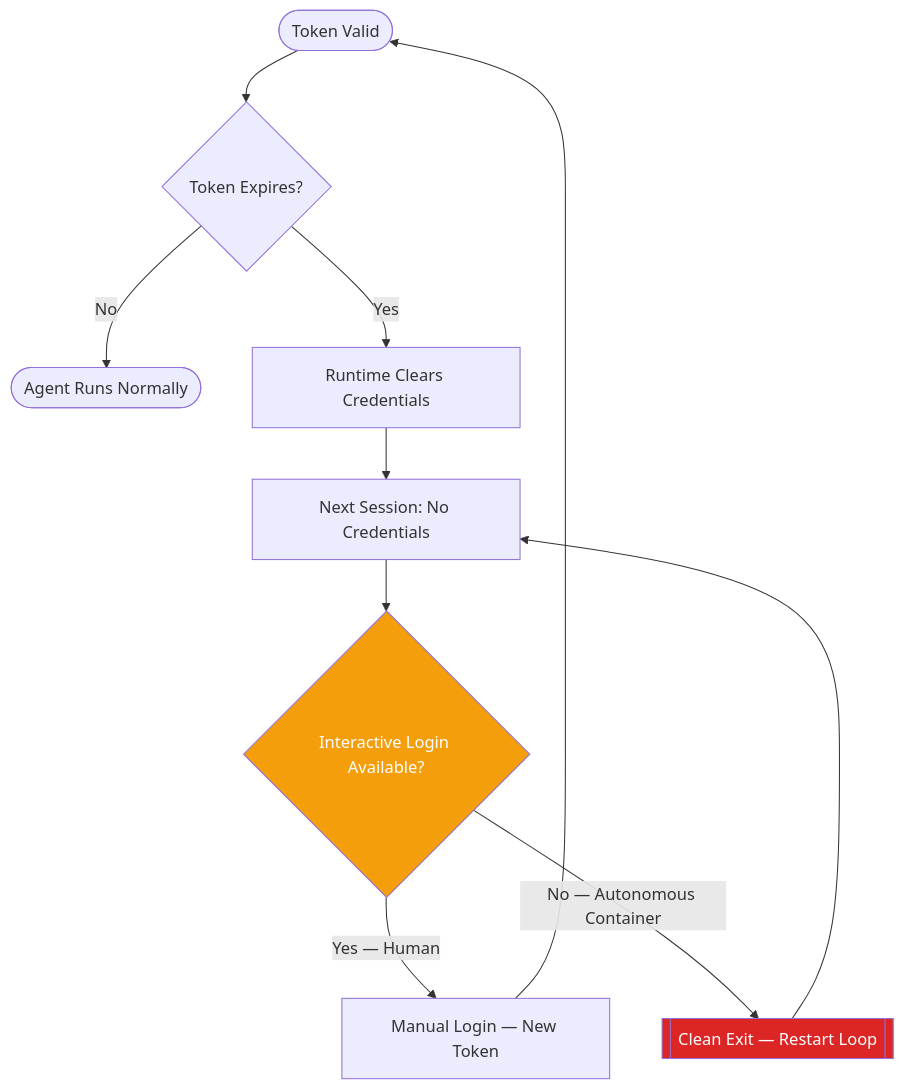
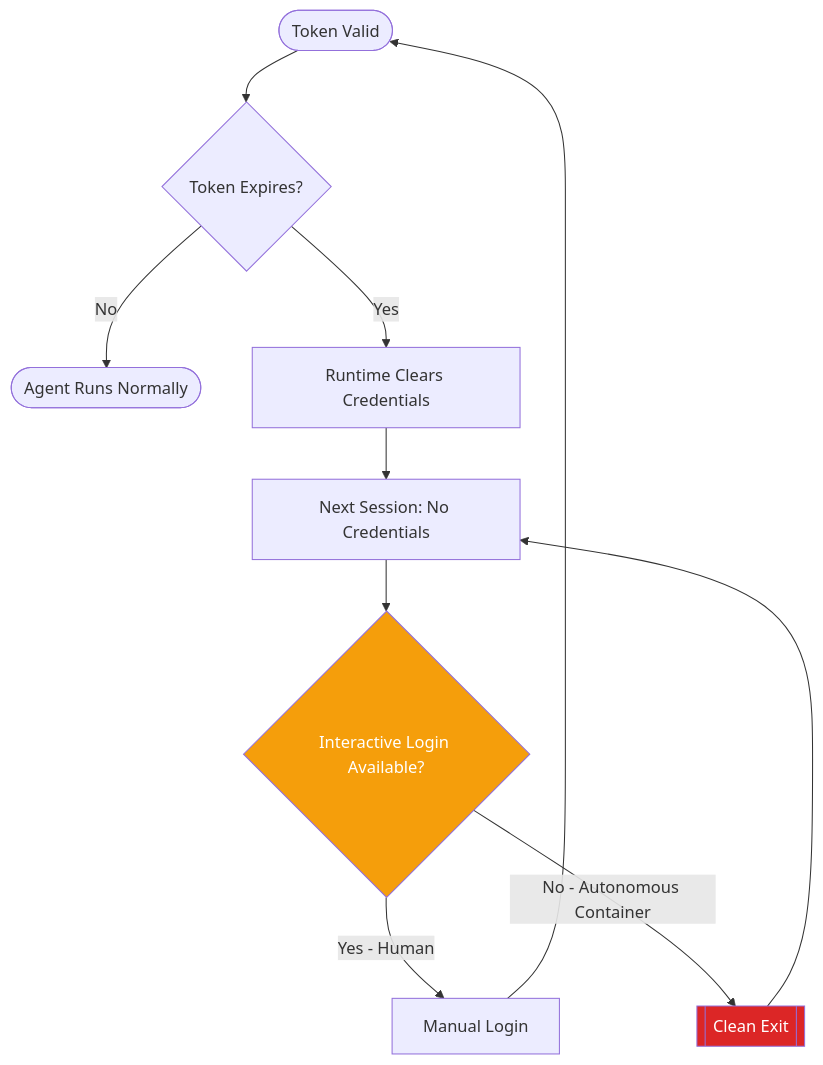
Before and after one commit to CyberdaemonAI/cyberdaemon-site: the third of 3 diagrams in src/content/build-logs/b0b-first-fleet.mdx, drawn with Mermaid. The commit also changed other lines of this file and 6 other files, not shown here.

First line of the commit message:
fix(mermaid): site-wide em dash and newline fixes in all diagram blocks

````diff
--- a/src/content/build-logs/b0b-first-fleet.mdx
+++ b/src/content/build-logs/b0b-first-fleet.mdx
@@ -295,15 +295,15 @@
 ```mermaid
 flowchart TD
     A([Token Valid]) --> B{Token Expires?}
     B -->|No| C([Agent Runs Normally])
     B -->|Yes| D[Runtime Clears Credentials]
     D --> E[Next Session: No Credentials]
     E --> F{Interactive Login Available?}
-    F -->|Yes — Human| G[Manual Login — New Token]
-    F -->|No — Autonomous Container| H[[Clean Exit — Restart Loop]]
+    F -->|Yes - Human| G[Manual Login]
+    F -->|No - Autonomous Container| H[[Clean Exit]]
     H --> E
     G --> A
 
     style H fill:#dc2626,color:#fff
     style F fill:#f59e0b,color:#fff
 ```
````
